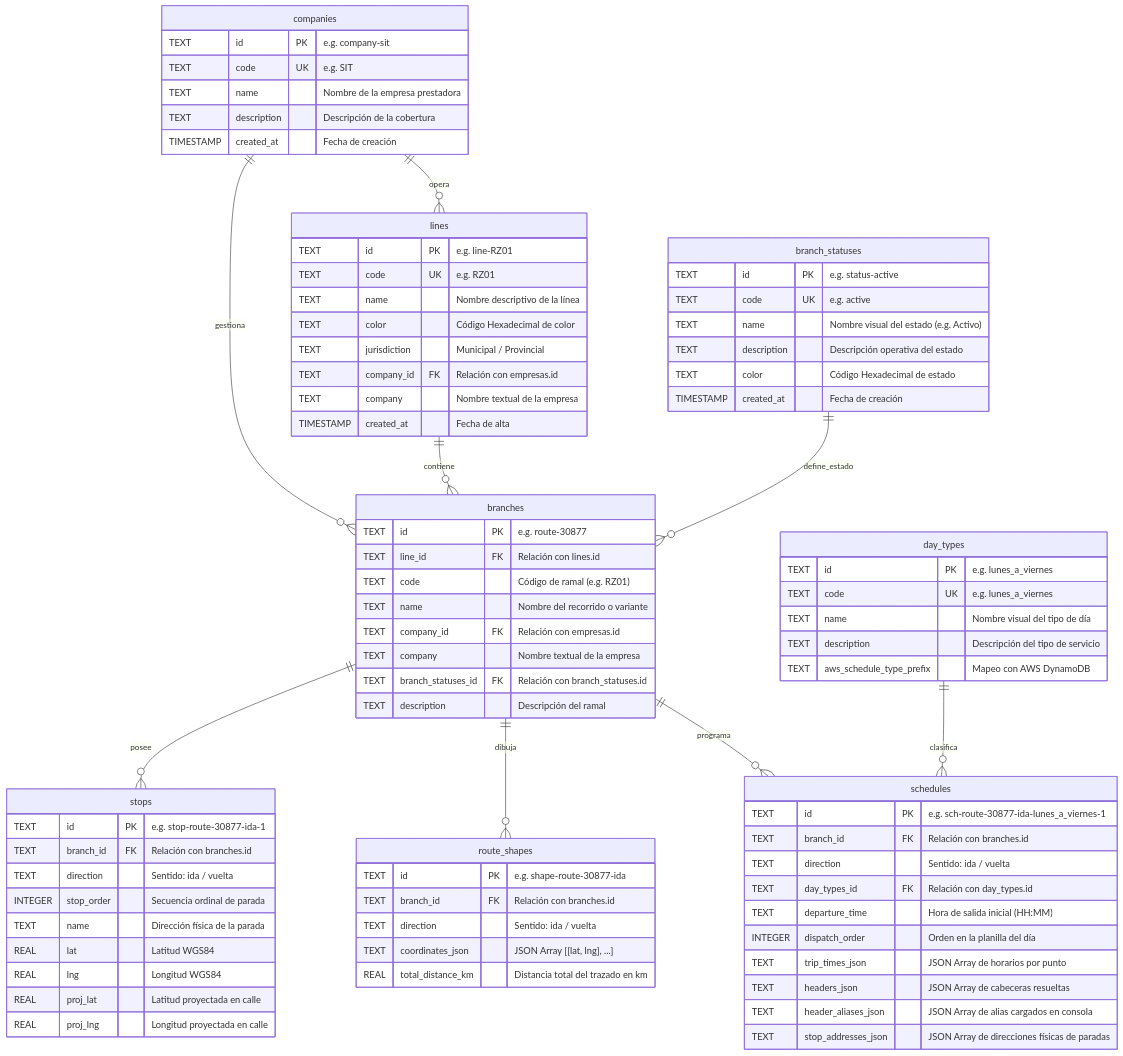
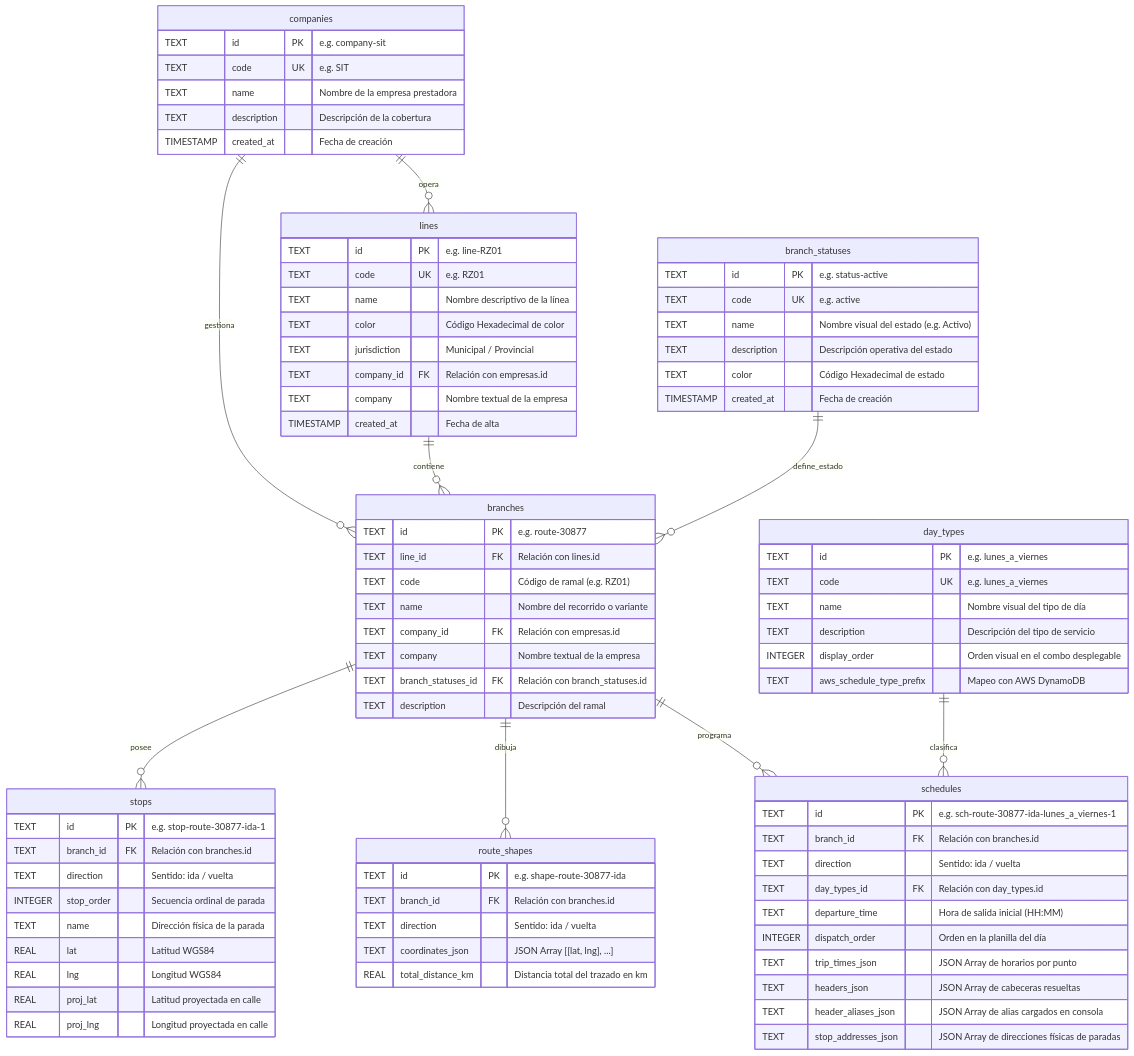
One commit to CollieHub/collie-mobility-transit-webpage-app-docs changed the diagram in database/schema.md. Above: the diagram before and after it, drawn with Mermaid. The commit also changed other lines of this file and 1 other file, not shown here.

Commit message:
docs(database): add display_order in day_types diagram and schema docs

```diff
--- a/database/schema.md
+++ b/database/schema.md
@@ -81,6 +81,7 @@
         TEXT code UK "e.g. lunes_a_viernes"
         TEXT name "Nombre visual del tipo de día"
         TEXT description "Descripción del tipo de servicio"
+        INTEGER display_order "Orden visual en el combo desplegable"
         TEXT aws_schedule_type_prefix "Mapeo con AWS DynamoDB"
     }
 
```
